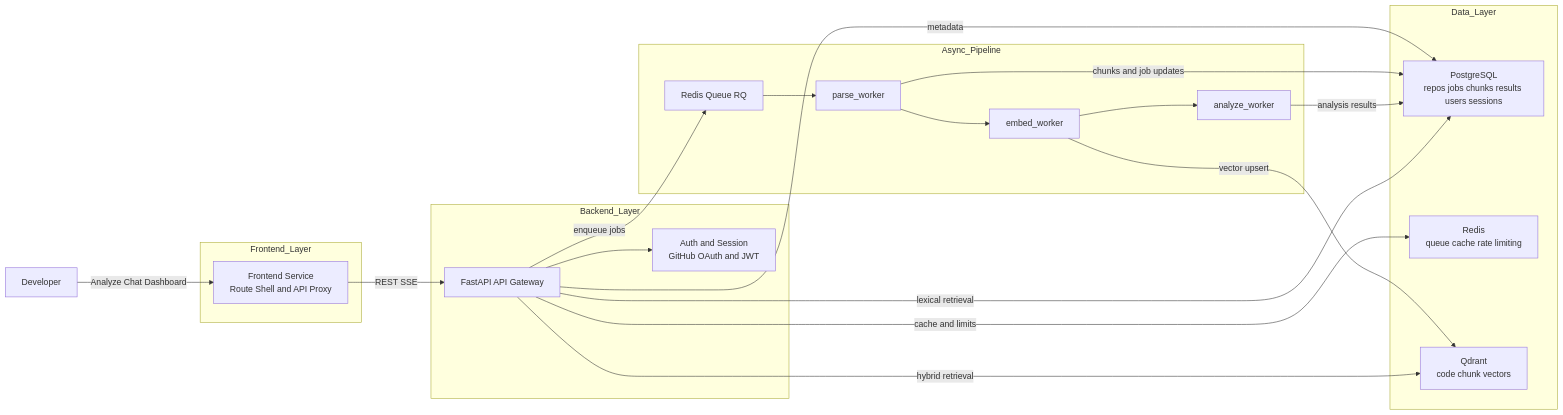
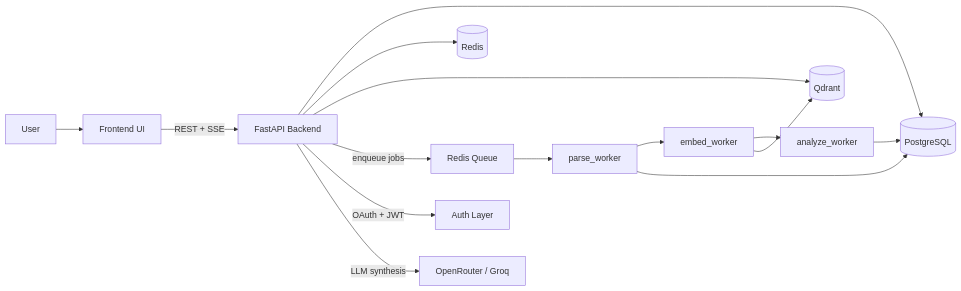
The diagram in README.md (atikulmunna/devlens-fullstack), drawn with Mermaid before and after one commit. The commit also changed other lines of this file and 2 other files, not shown here.

````diff
--- a/README.md
+++ b/README.md
@@ -34,41 +39,21 @@
 ```mermaid
 flowchart LR
-  U[Developer]
+  U[User] --> FE[Frontend UI]
+  FE -->|REST + SSE| API[FastAPI Backend]
 
-  subgraph Frontend_Layer
-    FE[Frontend Service<br/>Route Shell and API Proxy]
-  end
+  API --> PG[(PostgreSQL)]
+  API --> RD[(Redis)]
+  API --> QD[(Qdrant)]
 
-  subgraph Backend_Layer
-    API[FastAPI API Gateway]
-    AUTH[Auth and Session<br/>GitHub OAuth and JWT]
-  end
+  API -->|enqueue jobs| RQ[Redis Queue]
+  RQ --> P[parse_worker]
+  P --> E[embed_worker]
+  E --> A[analyze_worker]
 
-  subgraph Async_Pipeline
-    RQ[Redis Queue RQ]
-    P[parse_worker]
-    E[embed_worker]
-    A[analyze_worker]
-  end
+  P --> PG
+  E --> QD
+  A --> PG
 
-  subgraph Data_Layer
-    PG[PostgreSQL<br/>repos jobs chunks results users sessions]
-    REDIS[Redis<br/>queue cache rate limiting]
-    QD[Qdrant<br/>code chunk vectors]
-  end
-
-  U -->|Analyze Chat Dashboard| FE
-  FE -->|REST SSE| API
-  API --> AUTH
-  API -->|enqueue jobs| RQ
-  RQ --> P
-  P --> E
-  E --> A
-  API -->|metadata| PG
-  API -->|cache and limits| REDIS
-  P -->|chunks and job updates| PG
-  E -->|vector upsert| QD
-  A -->|analysis results| PG
-  API -->|hybrid retrieval| QD
-  API -->|lexical retrieval| PG
+  API -->|OAuth + JWT| AUTH[Auth Layer]
+  API -->|LLM synthesis| LLM[OpenRouter / Groq]
 ```
````
